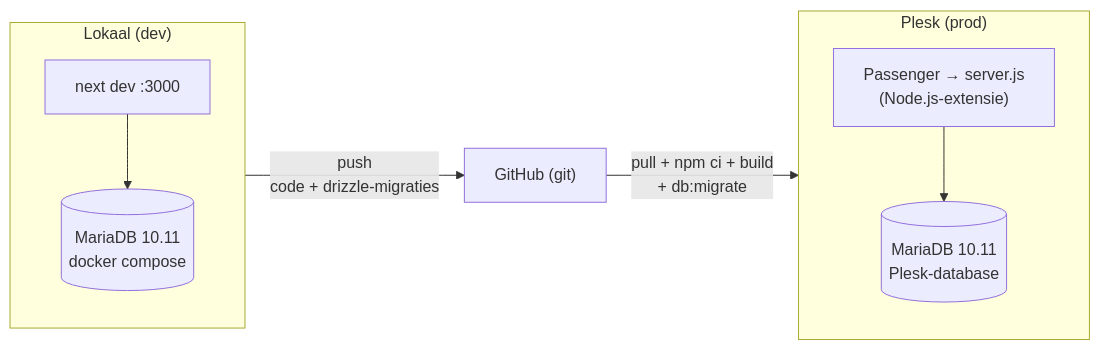
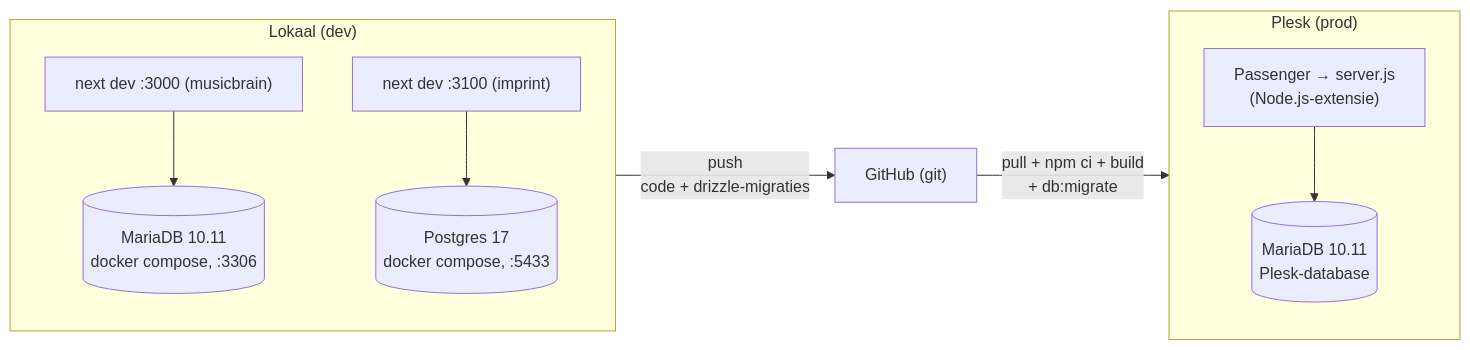
Before and after one commit to MarkWestbroek/imprint-engine: the tenth of 10 diagrams in docs/architecture.md, drawn with Mermaid. The commit also changed other lines of this file and 37 other files, not shown here.

First line of the commit message:
feat: architectuurcontract, karakterisatietests en Postgres-backend

````diff
--- a/docs/architecture.md
+++ b/docs/architecture.md
@@ -514,12 +676,13 @@
 ```mermaid
 flowchart LR
     subgraph dev["Lokaal (dev)"]
-        NX["next dev :3000"] --> MDBL[("MariaDB 10.11<br/>docker compose")]
+        NX["next dev :3000 (musicbrain)"] --> MDBL[("MariaDB 10.11<br/>docker compose, :3306")]
+        NXI["next dev :3100 (imprint)"] --> PGL[("Postgres 17<br/>docker compose, :5433")]
     end
     subgraph plesk["Plesk (prod)"]
         PSG["Passenger → server.js<br/>(Node.js-extensie)"] --> MDBP[("MariaDB 10.11<br/>Plesk-database")]
     end
     GH["GitHub (git)"]
     dev -- "push<br/>code + drizzle-migraties" --> GH
     GH -- "pull + npm ci + build<br/>+ db:migrate" --> plesk
 ```
````
